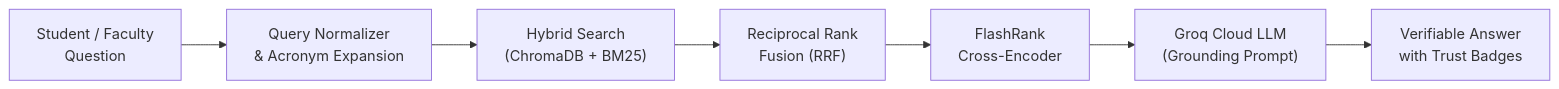
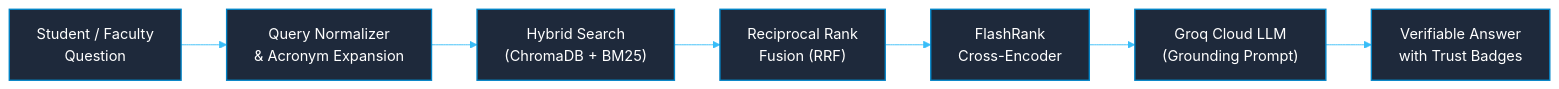
Before and after one commit to abhay-patil-cse27/concord-ikms: the second of 2 diagrams in docs/VIVA_PRESENTATION_GUIDE.md, drawn with Mermaid. The commit also changed other lines of this file and 7 other files, not shown here.

Commit message:
docs: standardize high-contrast mermaid diagrams for github light/dark mode, clean readme table, and fix benchmark caching

````diff
--- a/docs/VIVA_PRESENTATION_GUIDE.md
+++ b/docs/VIVA_PRESENTATION_GUIDE.md
@@ -47,9 +52,12 @@
 ```mermaid
+%%{init: {'theme': 'base', 'themeVariables': { 'primaryColor': '#0284c7', 'primaryTextColor': '#ffffff', 'primaryBorderColor': '#0369a1', 'lineColor': '#38bdf8', 'secondaryColor': '#0f172a', 'tertiaryColor': '#1e293b', 'fontFamily': 'Inter, sans-serif'}}}%%
 flowchart LR
-    Q["Student / Faculty\nQuestion"] --> N["Query Normalizer\n& Acronym Expansion"]
-    N --> H["Hybrid Search\n(ChromaDB + BM25)"]
-    H --> RRF["Reciprocal Rank\nFusion (RRF)"]
-    RRF --> CE["FlashRank\nCross-Encoder"]
-    CE --> LLM["Groq Cloud LLM\n(Grounding Prompt)"]
-    LLM --> A["Verifiable Answer\nwith Trust Badges"]
+    Q["Student / Faculty<br/>Question"] --> N["Query Normalizer<br/>& Acronym Expansion"]
+    N --> H["Hybrid Search<br/>(ChromaDB + BM25)"]
+    H --> RRF["Reciprocal Rank<br/>Fusion (RRF)"]
+    RRF --> CE["FlashRank<br/>Cross-Encoder"]
+    CE --> LLM["Groq Cloud LLM<br/>(Grounding Prompt)"]
+    LLM --> A["Verifiable Answer<br/>with Trust Badges"]
+
+    classDef default fill:#1e293b,stroke:#0284c7,stroke-width:1.5px,color:#ffffff;
 ```
````
